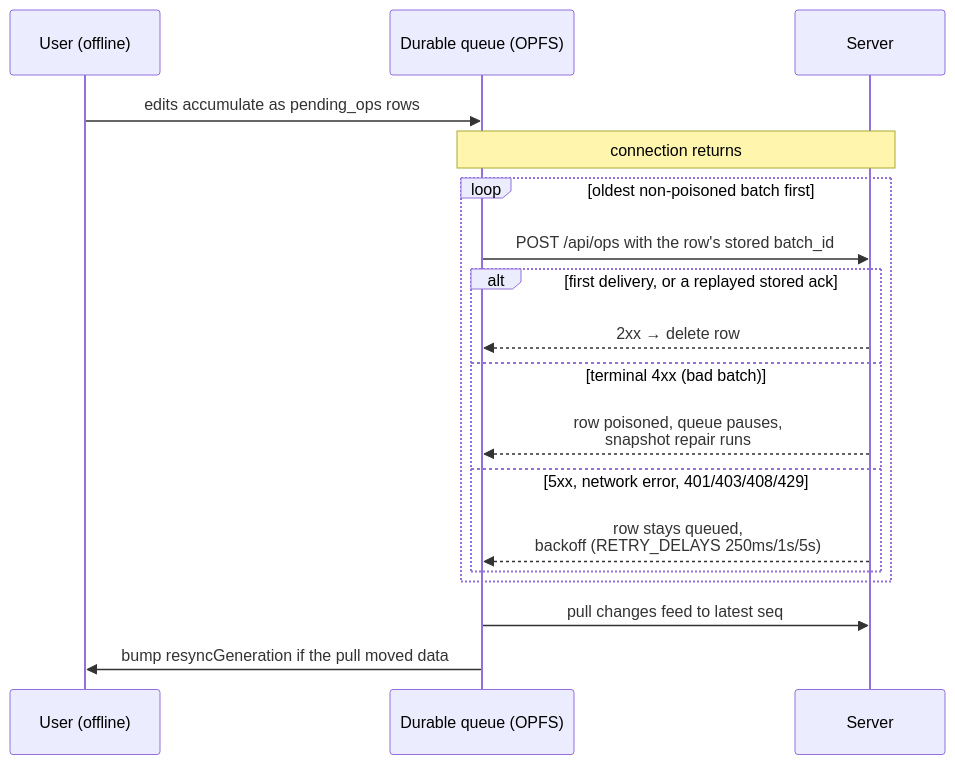
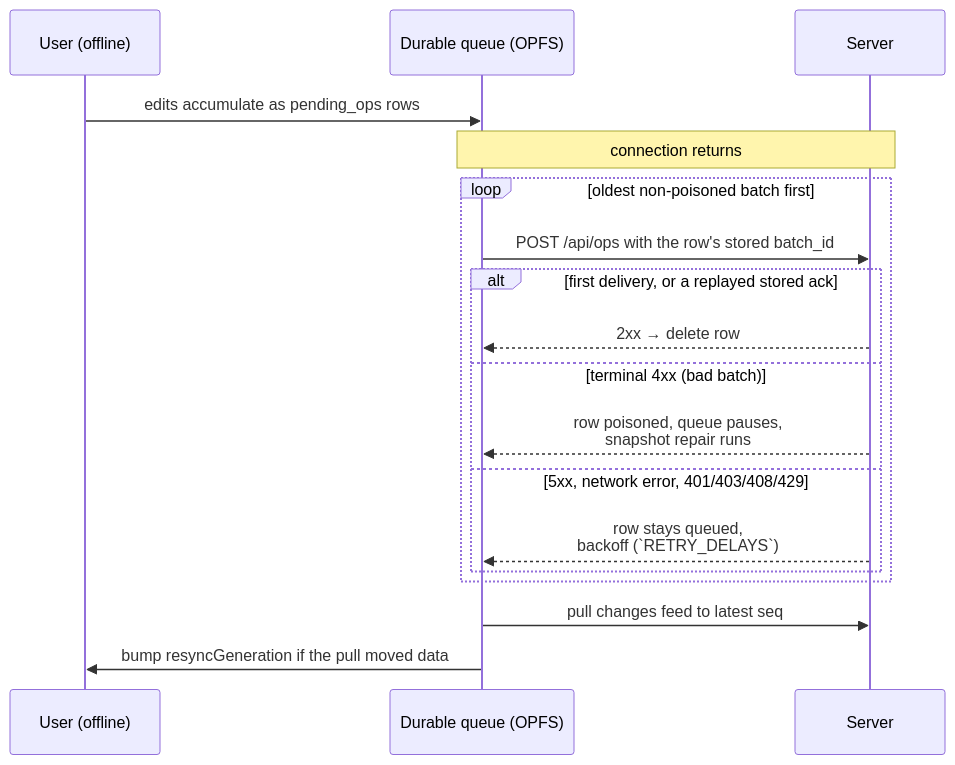
Before and after one commit to ArthurClune/pkm-system: the second of 2 diagrams in docs/architecture/sync-and-offline.md, drawn with Mermaid. The commit also changed other lines of this file and 16 other files, not shown here.

````diff
--- a/docs/architecture/sync-and-offline.md
+++ b/docs/architecture/sync-and-offline.md
@@ -336,21 +341,21 @@
 ```mermaid
 sequenceDiagram
     participant U as User (offline)
     participant Q as Durable queue (OPFS)
     participant S as Server
 
     U->>Q: edits accumulate as pending_ops rows
     Note over Q,S: connection returns
     loop oldest non-poisoned batch first
         Q->>S: POST /api/ops with the row's stored batch_id
         alt first delivery, or a replayed stored ack
             S-->>Q: 2xx → delete row
         else terminal 4xx (bad batch)
             S-->>Q: row poisoned, queue pauses,<br/>snapshot repair runs
         else 5xx, network error, 401/403/408/429
-            S-->>Q: row stays queued,<br/>backoff (RETRY_DELAYS 250ms/1s/5s)
+            S-->>Q: row stays queued,<br/>backoff (`RETRY_DELAYS`)
         end
     end
     Q->>S: pull changes feed to latest seq
     Q->>U: bump resyncGeneration if the pull moved data
 ```
````
